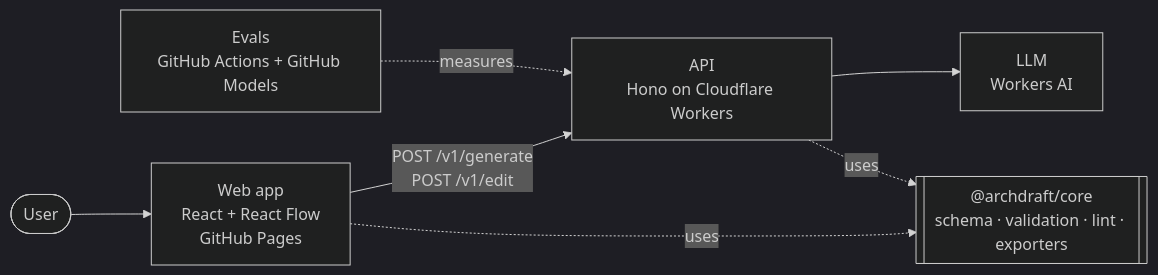
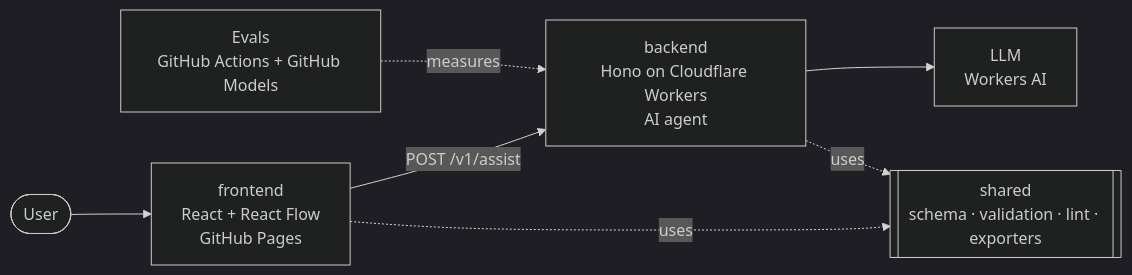
One commit to cosmemorillojulia/archdraft changed the diagram in README.md. Above: the diagram before and after it, drawn with Mermaid (dark theme). The commit also changed other lines of this file and 227 other files, not shown here.

Commit message:
refactor(repo): organize the repository into frontend, backend and shared packages (T34)

````diff
--- a/README.md
+++ b/README.md
@@ -20,10 +20,10 @@
 ```mermaid
 flowchart LR
-  user([User]) --> web["Web app<br/>React + React Flow<br/>GitHub Pages"]
-  web -- "POST /v1/generate<br/>POST /v1/edit" --> api["API<br/>Hono on Cloudflare Workers"]
+  user([User]) --> web["frontend<br/>React + React Flow<br/>GitHub Pages"]
+  web -- "POST /v1/assist" --> api["backend<br/>Hono on Cloudflare Workers<br/>AI agent"]
   api --> llm["LLM<br/>Workers AI"]
-  core[["@archdraft/core<br/>schema · validation · lint · exporters"]]
-  web -. uses .-> core
-  api -. uses .-> core
+  shared[["shared<br/>schema · validation · lint · exporters"]]
+  web -. uses .-> shared
+  api -. uses .-> shared
   evals["Evals<br/>GitHub Actions + GitHub Models"] -. measures .-> api
 ```
````
